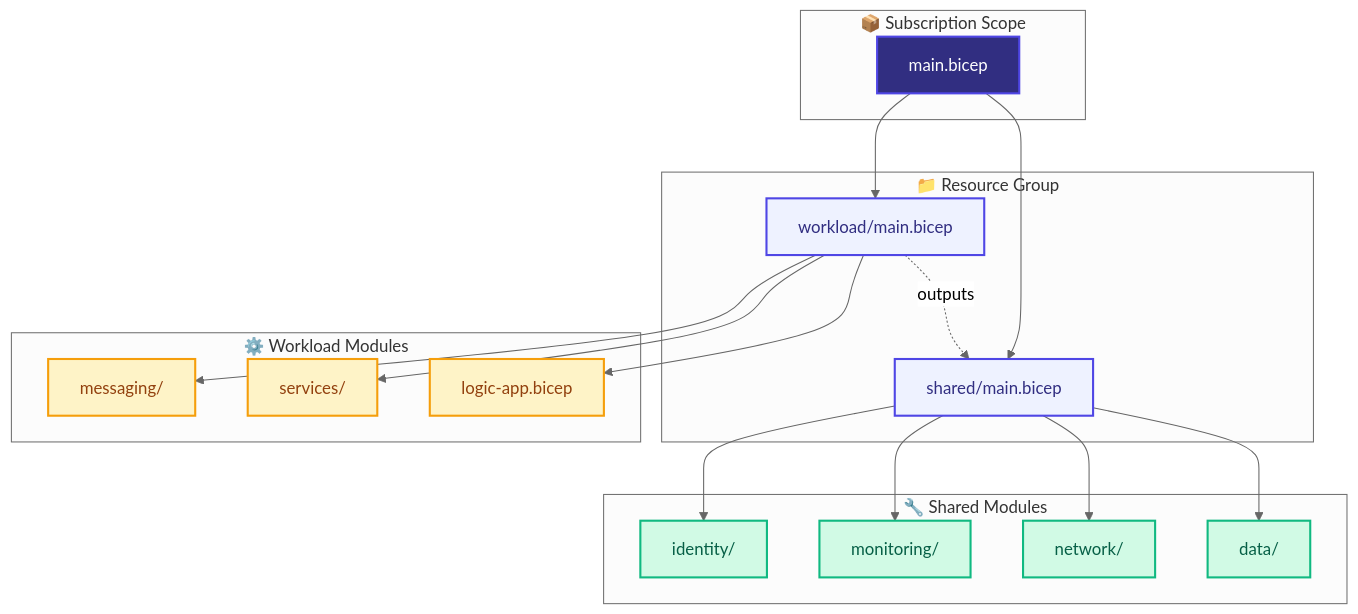
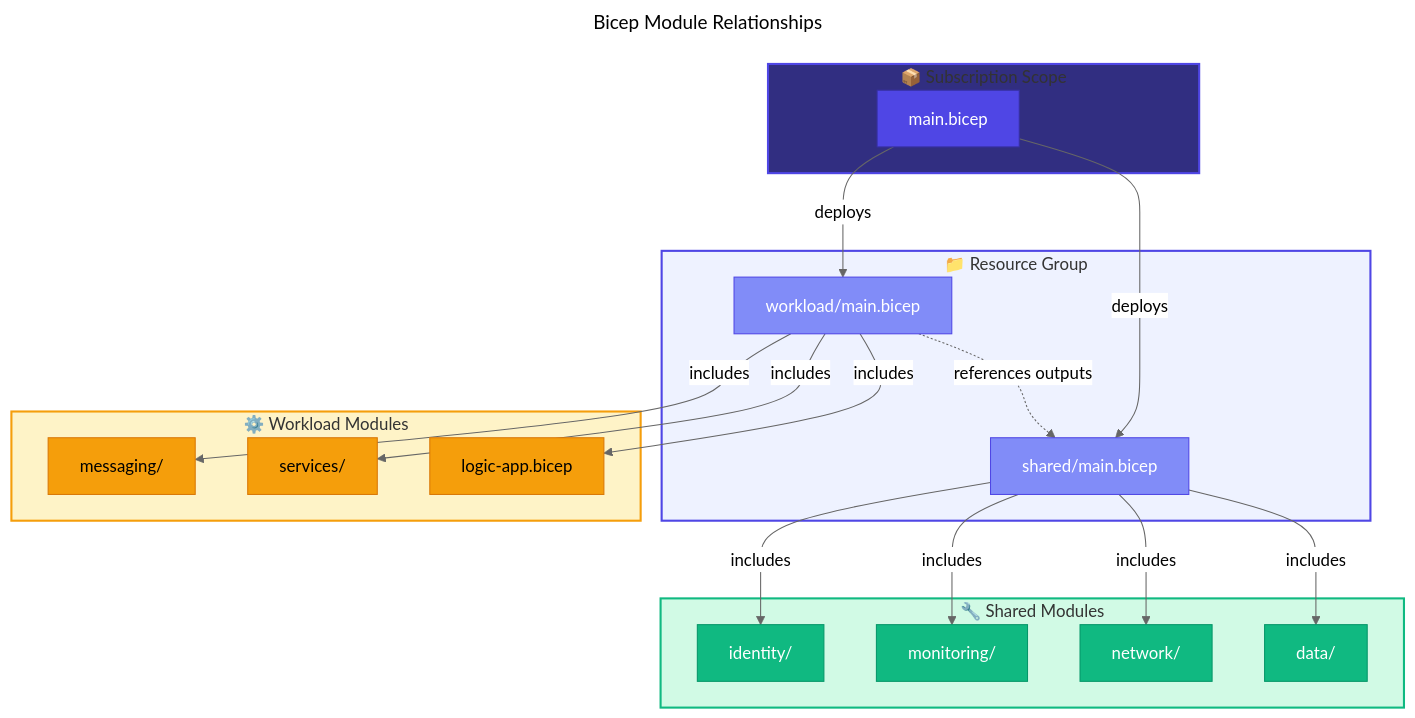
The second of 6 diagrams in docs/architecture/07-deployment-architecture.md (Evilazaro/Azure-LogicApps-Monitoring), drawn with Mermaid (neutral theme) before and after one commit. The commit also changed other lines of this file, not shown here.

Commit message:
docs: Enhance mermaid diagrams in deployment architecture with titles and improved styling for better clarity and organization

````diff
--- a/docs/architecture/07-deployment-architecture.md
+++ b/docs/architecture/07-deployment-architecture.md
@@ -89,49 +103,63 @@
 ```mermaid
+---
+title: Bicep Module Relationships
+---
 flowchart TB
-    %% Bicep Module Relationships - Infrastructure as Code structure
+    %% ===== CLASS DEFINITIONS =====
+    classDef primary fill:#4F46E5,stroke:#3730A3,color:#FFFFFF
+    classDef secondary fill:#10B981,stroke:#059669,color:#FFFFFF
+    classDef datastore fill:#F59E0B,stroke:#D97706,color:#000000
+    classDef external fill:#6B7280,stroke:#4B5563,color:#FFFFFF,stroke-dasharray: 5 5
+    classDef failed fill:#F44336,stroke:#C62828,color:#FFFFFF
+    classDef trigger fill:#818CF8,stroke:#4F46E5,color:#FFFFFF
+    classDef decision fill:#FFFBEB,stroke:#F59E0B,color:#000000
+    classDef input fill:#F3F4F6,stroke:#6B7280,color:#000000
+
+    %% ===== SUBSCRIPTION SCOPE =====
     subgraph Subscription["📦 Subscription Scope"]
         Main["main.bicep"]
     end
+    style Subscription fill:#312E81,stroke:#4F46E5,stroke-width:2px
 
+    %% ===== RESOURCE GROUP SCOPE =====
     subgraph RG["📁 Resource Group"]
         Shared["shared/main.bicep"]
         Workload["workload/main.bicep"]
     end
+    style RG fill:#EEF2FF,stroke:#4F46E5,stroke-width:2px
 
+    %% ===== SHARED MODULES =====
     subgraph SharedModules["🔧 Shared Modules"]
         Identity["identity/"]
         Monitoring["monitoring/"]
         Network["network/"]
         Data["data/"]
     end
+    style SharedModules fill:#D1FAE5,stroke:#10B981,stroke-width:2px
 
+    %% ===== WORKLOAD MODULES =====
     subgraph WorkloadModules["⚙️ Workload Modules"]
         Messaging["messaging/"]
         Services["services/"]
         LogicApp["logic-app.bicep"]
     end
+    style WorkloadModules fill:#FEF3C7,stroke:#F59E0B,stroke-width:2px
 
-    %% Module dependencies
-    Main --> Shared
-    Main --> Workload
-    Shared --> Identity
-    Shared --> Monitoring
-    Shared --> Network
-    Shared --> Data
-    Workload --> Messaging
-    Workload --> Services
-    Workload --> LogicApp
+    %% ===== MODULE DEPENDENCIES =====
+    Main -->|"deploys"| Shared
+    Main -->|"deploys"| Workload
+    Shared -->|"includes"| Identity
+    Shared -->|"includes"| Monitoring
+    Shared -->|"includes"| Network
+    Shared -->|"includes"| Data
+    Workload -->|"includes"| Messaging
+    Workload -->|"includes"| Services
+    Workload -->|"includes"| LogicApp
+    Workload -.->|"references outputs"| Shared
 
-    Workload -.->|"outputs"| Shared
-
-    %% Modern color palette - WCAG AA compliant
-    classDef main fill:#312E81,stroke:#4F46E5,stroke-width:2px,color:#fff
-    classDef module fill:#EEF2FF,stroke:#4F46E5,stroke-width:2px,color:#312E81
-    classDef shared fill:#D1FAE5,stroke:#10B981,stroke-width:2px,color:#065F46
-    classDef workload fill:#FEF3C7,stroke:#F59E0B,stroke-width:2px,color:#92400E
-
-    class Main main
-    class Shared,Workload module
-    class Identity,Monitoring,Network,Data shared
-    class Messaging,Services,LogicApp workload
+    %% ===== APPLY STYLES =====
+    class Main primary
+    class Shared,Workload trigger
+    class Identity,Monitoring,Network,Data secondary
+    class Messaging,Services,LogicApp datastore
 ```
````
